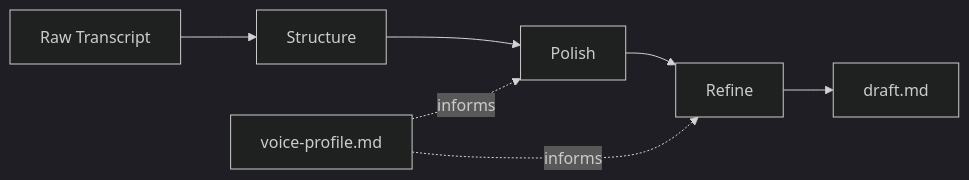
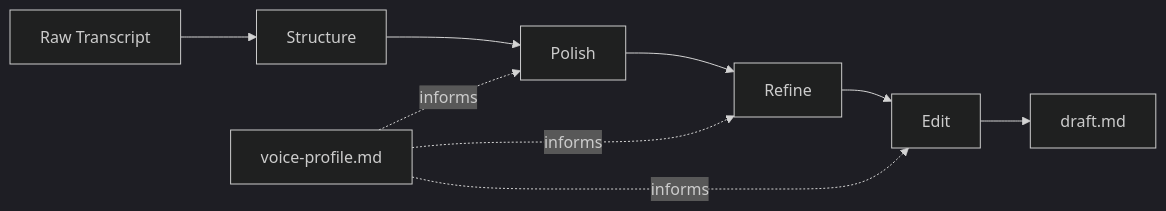
One commit to jesgarram/verbatim changed the first of 2 diagrams in README.md. Above: the diagram before and after it, drawn with Mermaid (dark theme). The commit also changed other lines of this file, not shown here.

````diff
--- a/README.md
+++ b/README.md
@@ -11,6 +11,7 @@
 ```mermaid
 flowchart LR
-    T[Raw Transcript] --> S[Structure] --> P[Polish] --> R[Refine] --> D[draft.md]
+    T[Raw Transcript] --> S[Structure] --> P[Polish] --> R[Refine] --> E[Edit] --> D[draft.md]
     VP[voice-profile.md] -.->|informs| P
     VP -.->|informs| R
+    VP -.->|informs| E
 ```
````
